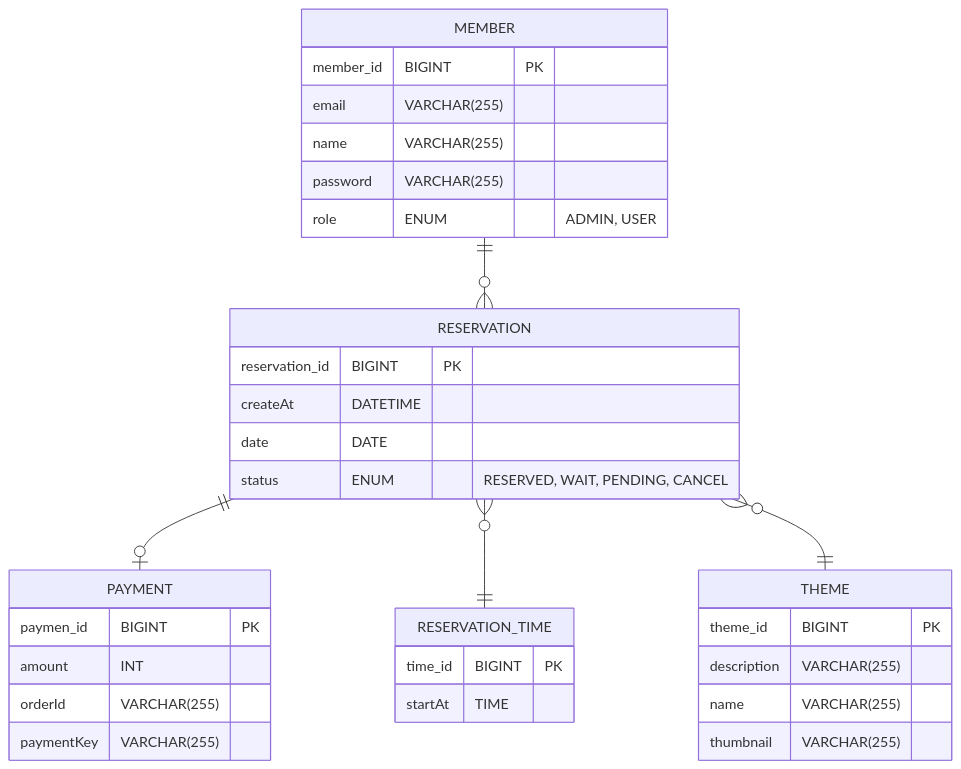
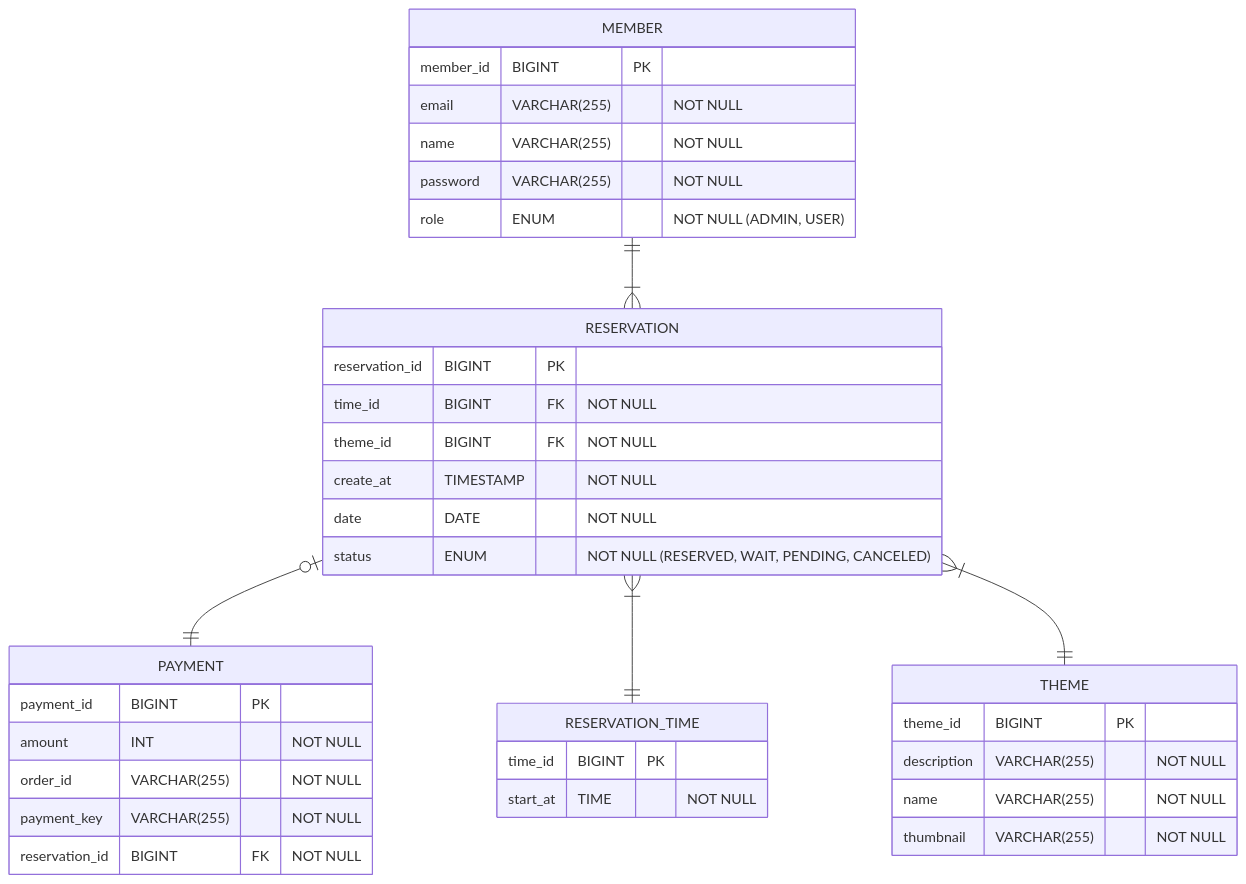
Before and after one commit to woowacourse/spring-roomescape-payment: the diagram in README.md, drawn with Mermaid.

Commit message:
docs: E-R diagram 표기 오류 수정

````diff
--- a/README.md
+++ b/README.md
@@ -60,41 +60,44 @@
 ```mermaid
 erDiagram
     MEMBER {
         member_id BIGINT PK
-        email VARCHAR(255)
-        name VARCHAR(255)
-        password VARCHAR(255)
-        role ENUM "ADMIN, USER"
+        email VARCHAR(255) "NOT NULL"
+        name VARCHAR(255) "NOT NULL"
+        password VARCHAR(255) "NOT NULL"
+        role ENUM "NOT NULL (ADMIN, USER)"
     }
 
     PAYMENT {
-        paymen_id BIGINT PK
-        amount INT
-        orderId VARCHAR(255)
-        paymentKey VARCHAR(255)
+        payment_id BIGINT PK
+        amount INT "NOT NULL"
+        order_id VARCHAR(255) "NOT NULL"
+        payment_key VARCHAR(255) "NOT NULL"
+        reservation_id BIGINT FK "NOT NULL"
     }
 
     RESERVATION {
         reservation_id BIGINT PK
-        createAt DATETIME
-        date DATE
-        status ENUM "RESERVED, WAIT, PENDING, CANCEL"
+        time_id BIGINT FK "NOT NULL"
+        theme_id BIGINT FK "NOT NULL"
+        create_at TIMESTAMP "NOT NULL"
+        date DATE "NOT NULL"
+        status ENUM "NOT NULL (RESERVED, WAIT, PENDING, CANCELED)"
     }
 
     RESERVATION_TIME {
         time_id BIGINT PK
-        startAt TIME
+        start_at TIME "NOT NULL"
     }
 
     THEME {
         theme_id BIGINT PK
-        description VARCHAR(255)
-        name VARCHAR(255)
-        thumbnail VARCHAR(255)
+        description VARCHAR(255) "NOT NULL"
+        name VARCHAR(255) "NOT NULL"
+        thumbnail VARCHAR(255) "NOT NULL"
     }
 
-    MEMBER ||--o{ RESERVATION: ""
-    RESERVATION ||--o| PAYMENT: ""
-    RESERVATION }o--|| RESERVATION_TIME: ""
-    RESERVATION }o--|| THEME: ""
+    MEMBER ||--|{ RESERVATION: ""
+    RESERVATION |o--|| PAYMENT: ""
+    RESERVATION }|--|| RESERVATION_TIME: ""
+    RESERVATION }|--|| THEME: ""
 ```
````
